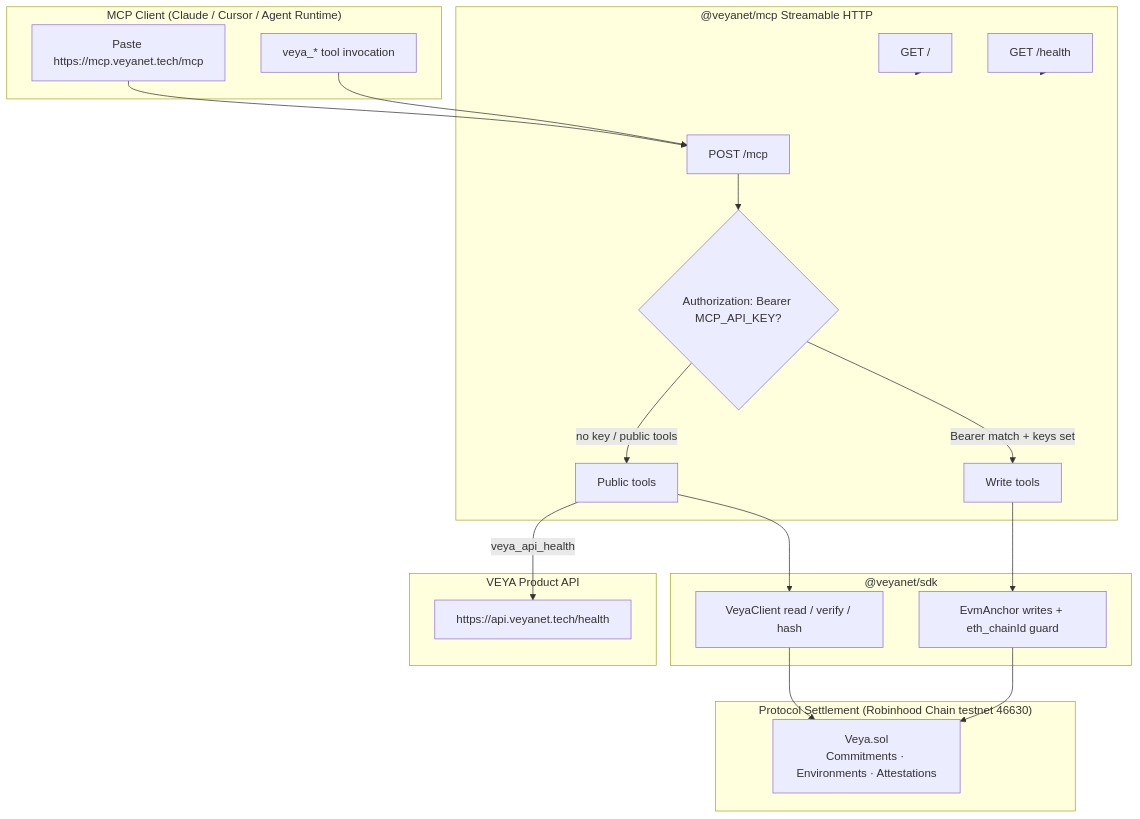
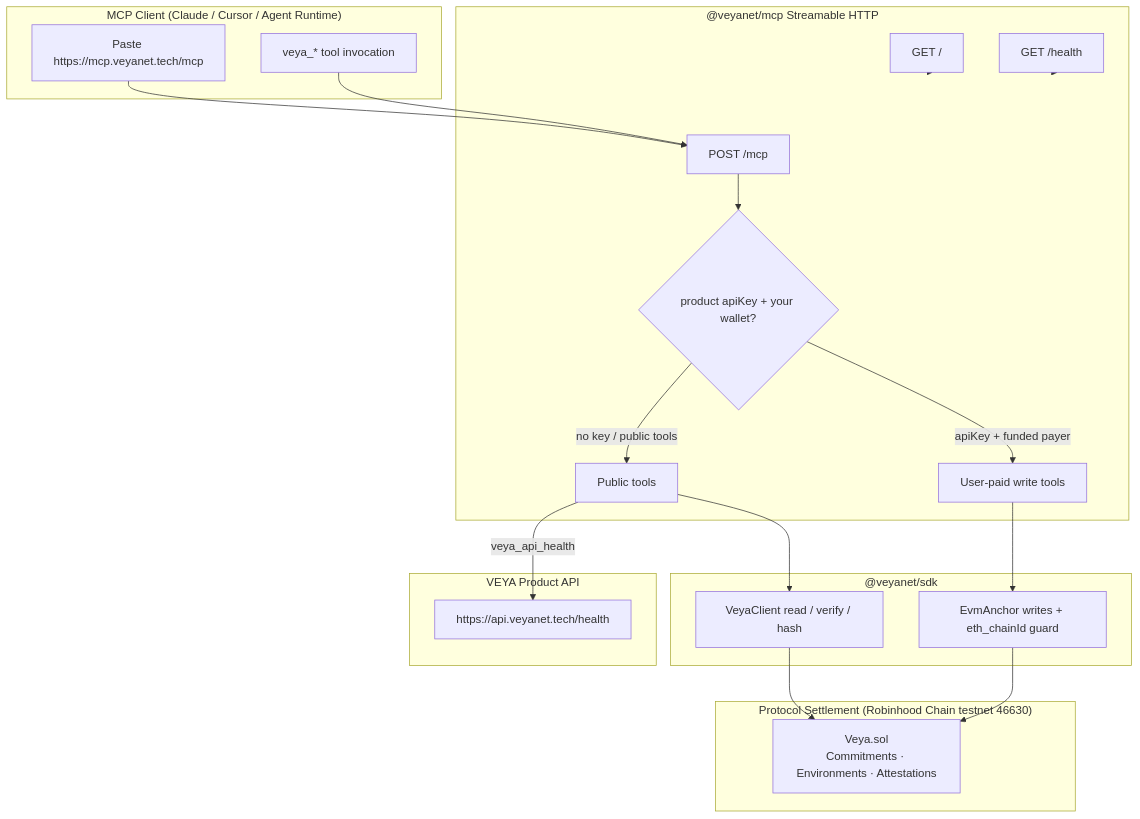
One commit to veyanet/veya-mcp changed the diagram in README.md. Above: the diagram before and after it, drawn with Mermaid. The commit also changed other lines of this file, not shown here.

````diff
--- a/README.md
+++ b/README.md
@@ -90,42 +90,42 @@
 ```mermaid
 flowchart TB
     subgraph ClientSpace["MCP Client (Claude / Cursor / Agent Runtime)"]
         PasteURL["Paste https://mcp.veyanet.tech/mcp"]
         ToolCall["veya_* tool invocation"]
     end
 
     subgraph McpBoundary["@veyanet/mcp Streamable HTTP"]
         Landing["GET /"]
         Health["GET /health"]
         PostMcp["POST /mcp"]
-        Auth{"Authorization: Bearer MCP_API_KEY?"}
+        Auth{"product apiKey + your wallet?"}
         PublicTools["Public tools"]
-        WriteTools["Write tools"]
+        WriteTools["User-paid write tools"]
     end
 
     subgraph SdkBoundary["@veyanet/sdk"]
         ReadClient["VeyaClient read / verify / hash"]
         EvmAnchor["EvmAnchor writes + eth_chainId guard"]
     end
 
     subgraph ApiBoundary["VEYA Product API"]
         ApiHealth["https://api.veyanet.tech/health"]
     end
 
     subgraph Blockchain["Protocol Settlement (Robinhood Chain testnet 46630)"]
         VeyaSol["Veya.sol\nCommitments · Environments · Attestations"]
     end
 
     PasteURL --> PostMcp
     ToolCall --> PostMcp
     PostMcp --> Auth
     Auth -->|"no key / public tools"| PublicTools
-    Auth -->|"Bearer match + keys set"| WriteTools
+    Auth -->|"apiKey + funded payer"| WriteTools
     PublicTools --> ReadClient
     PublicTools -->|"veya_api_health"| ApiHealth
     WriteTools --> EvmAnchor
     ReadClient --> VeyaSol
     EvmAnchor --> VeyaSol
     Landing --> McpBoundary
     Health --> McpBoundary
 ```
````
